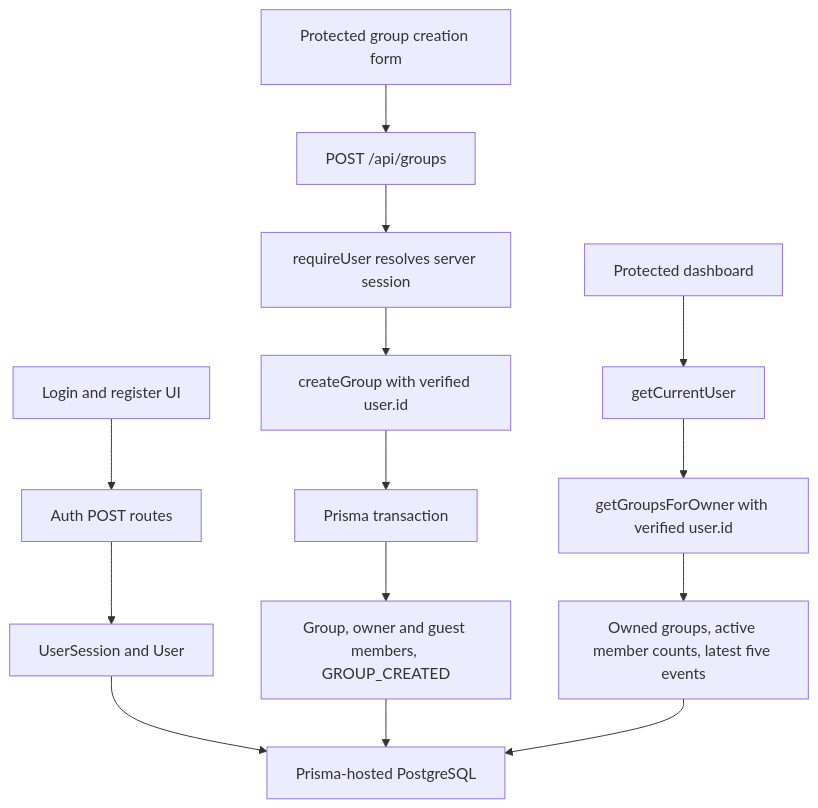
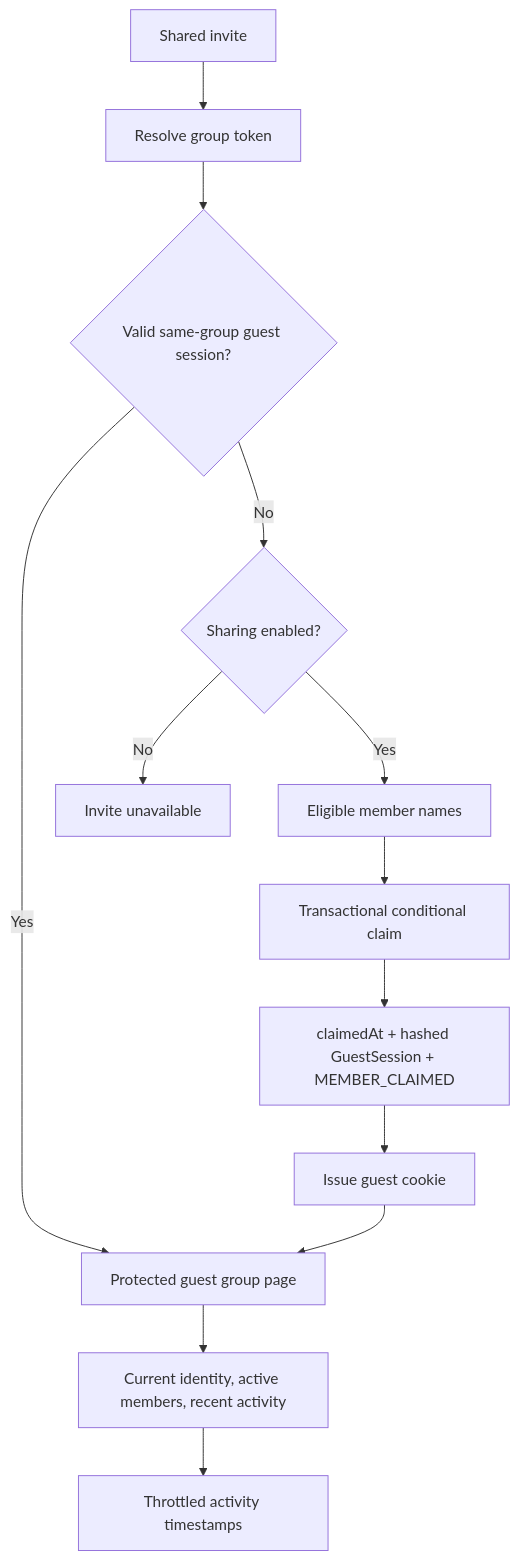
Before and after one commit to hamdqasim25/Split-Mate: the diagram in docs/architecture.md, drawn with Mermaid. The commit also changed other lines of this file and 29 other files, not shown here.

First line of the commit message:
feat: add protected guest group access and session activity tracking

````diff
--- a/docs/architecture.md
+++ b/docs/architecture.md
@@ -11,16 +28,15 @@
 ```mermaid
 flowchart TD
-    AuthUI[Login and register UI] --> AuthAPI[Auth POST routes]
-    AuthAPI --> Sessions[UserSession and User]
-    Form[Protected group creation form] --> API[POST /api/groups]
-    API --> Session[requireUser resolves server session]
-    Session --> Create[createGroup with verified user.id]
-    Create --> TX[Prisma transaction]
-    TX --> Records[Group, owner and guest members, GROUP_CREATED]
-    Dashboard[Protected dashboard] --> User[getCurrentUser]
-    User --> Read[getGroupsForOwner with verified user.id]
-    Read --> Data[Owned groups, active member counts, latest five events]
-    Sessions --> DB[Prisma-hosted PostgreSQL]
-    Records --> DB
-    Data --> DB
+    Invite[Shared invite] --> Lookup[Resolve group token]
+    Lookup --> Existing{Valid same-group guest session?}
+    Existing -->|Yes| Group[Protected guest group page]
+    Existing -->|No| Enabled{Sharing enabled?}
+    Enabled -->|Yes| Names[Eligible member names]
+    Names --> Claim[Transactional conditional claim]
+    Claim --> Records[claimedAt + hashed GuestSession + MEMBER_CLAIMED]
+    Records --> Cookie[Issue guest cookie]
+    Cookie --> Group
+    Enabled -->|No| Unavailable[Invite unavailable]
+    Group --> Data[Current identity, active members, recent activity]
+    Data --> Activity[Throttled activity timestamps]
 ```
````
